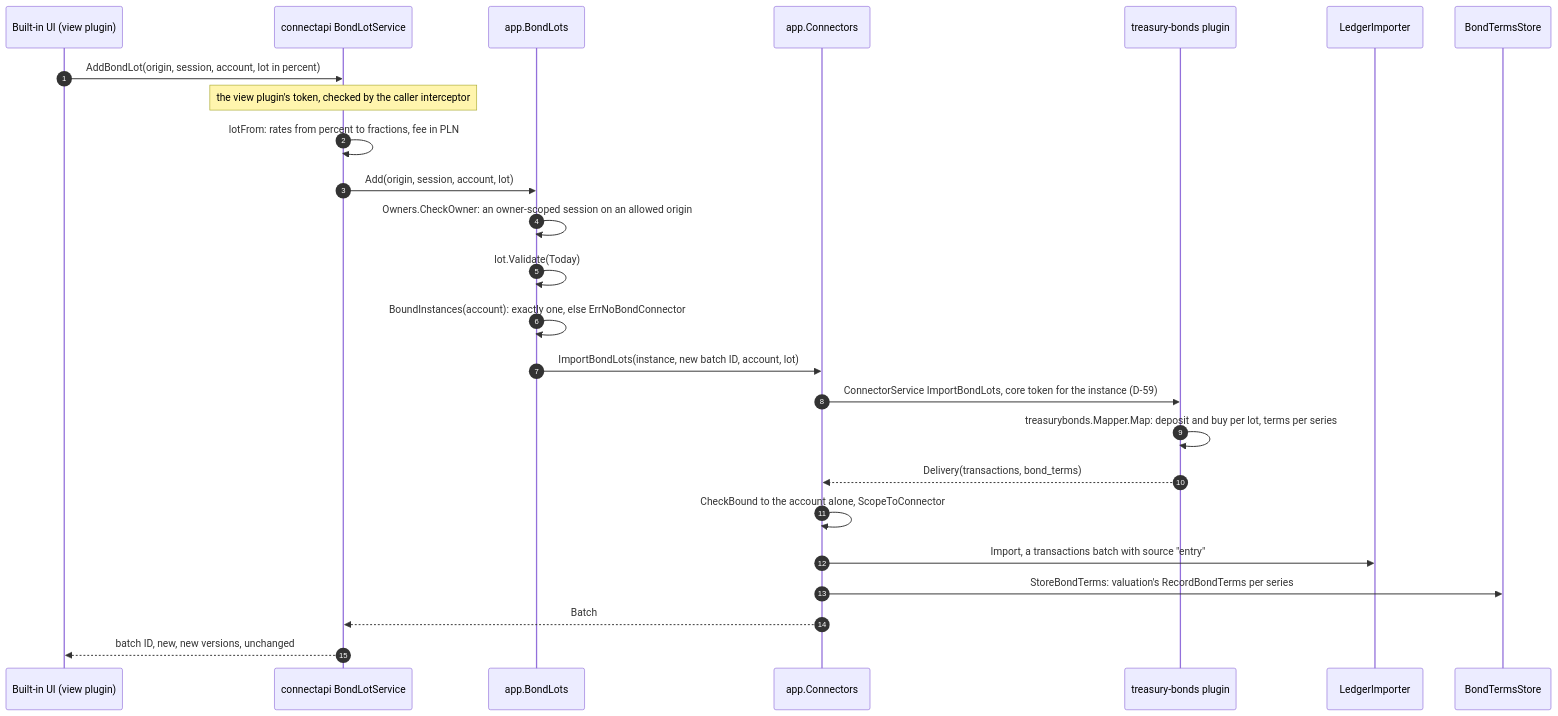
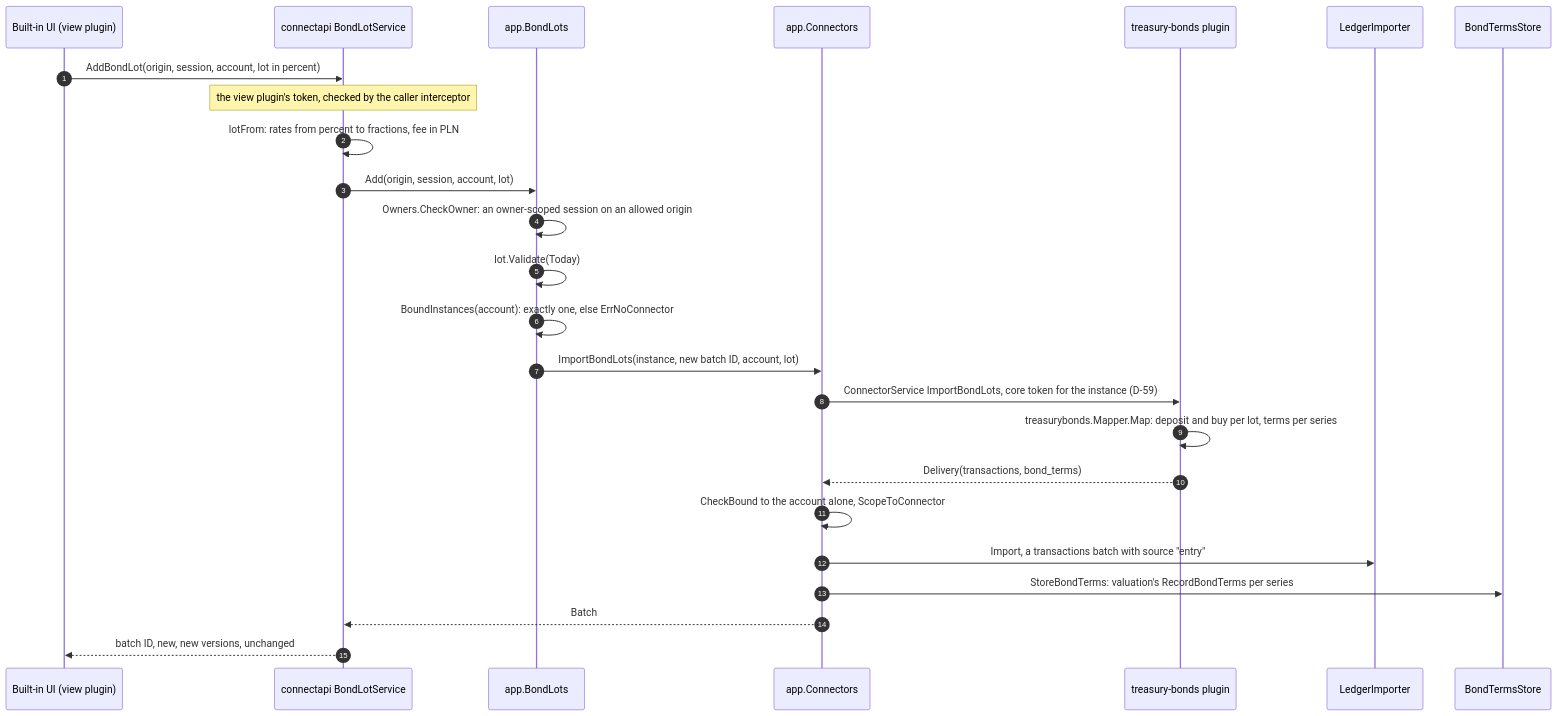
One commit to arkadiuss/openfief changed the fifth of 8 diagrams in docs/concepts/ingest.md. Above: the diagram before and after it, drawn with Mermaid. The commit also changed other lines of this file and 180 other files, not shown here.

````diff
--- a/docs/concepts/ingest.md
+++ b/docs/concepts/ingest.md
@@ -283,27 +283,27 @@
 ```mermaid
 sequenceDiagram
   autonumber
   participant UI as Built-in UI (view plugin)
   participant S as connectapi BondLotService
   participant B as app.BondLots
   participant U as app.Connectors
   participant P as treasury-bonds plugin
   participant L as LedgerImporter
   participant V as BondTermsStore
   UI->>S: AddBondLot(origin, session, account, lot in percent)
   Note over S: the view plugin's token, checked by the caller interceptor
   S->>S: lotFrom: rates from percent to fractions, fee in PLN
   S->>B: Add(origin, session, account, lot)
   B->>B: Owners.CheckOwner: an owner-scoped session on an allowed origin
   B->>B: lot.Validate(Today)
-  B->>B: BoundInstances(account): exactly one, else ErrNoBondConnector
+  B->>B: BoundInstances(account): exactly one, else ErrNoConnector
   B->>U: ImportBondLots(instance, new batch ID, account, lot)
   U->>P: ConnectorService ImportBondLots, core token for the instance (D-59)
   P->>P: treasurybonds.Mapper.Map: deposit and buy per lot, terms per series
   P-->>U: Delivery(transactions, bond_terms)
   U->>U: CheckBound to the account alone, ScopeToConnector
   U->>L: Import, a transactions batch with source "entry"
   U->>V: StoreBondTerms: valuation's RecordBondTerms per series
   U-->>S: Batch
   S-->>UI: batch ID, new, new versions, unchanged
 ```
````
